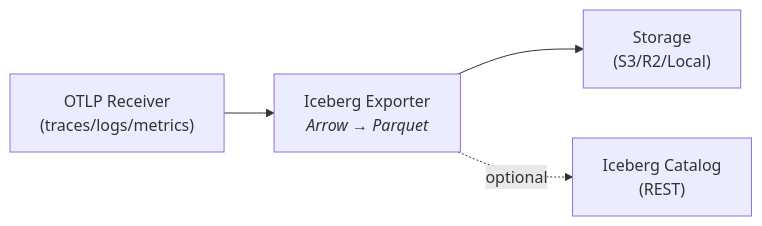
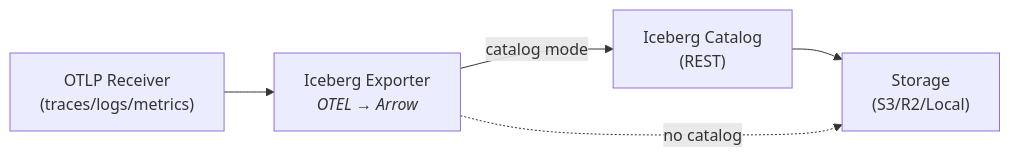
Before and after one commit to terakoya76/opentelemetry-iceberg-exporter: the diagram in README.md, drawn with Mermaid. The commit also changed other lines of this file and 44 other files, not shown here.

````diff
--- a/README.md
+++ b/README.md
@@ -19,11 +18,11 @@
 ```mermaid
 graph LR
     A["OTLP Receiver<br/>(traces/logs/metrics)"]
-    B["Iceberg Exporter<br/><i>Arrow → Parquet</i>"]
-    C["Storage<br/>(S3/R2/Local)"]
-    D["Iceberg Catalog<br/>(REST)"]
+    B["Iceberg Exporter<br/><i>OTEL → Arrow</i>"]
+    C["Iceberg Catalog<br/>(REST)"]
+    D["Storage<br/>(S3/R2/Local)"]
 
     A --> B
-    B --> C
-    B -.->|optional| D
+    B -->|catalog mode| C --> D
+    B -.->|no catalog| D
 ```
````
